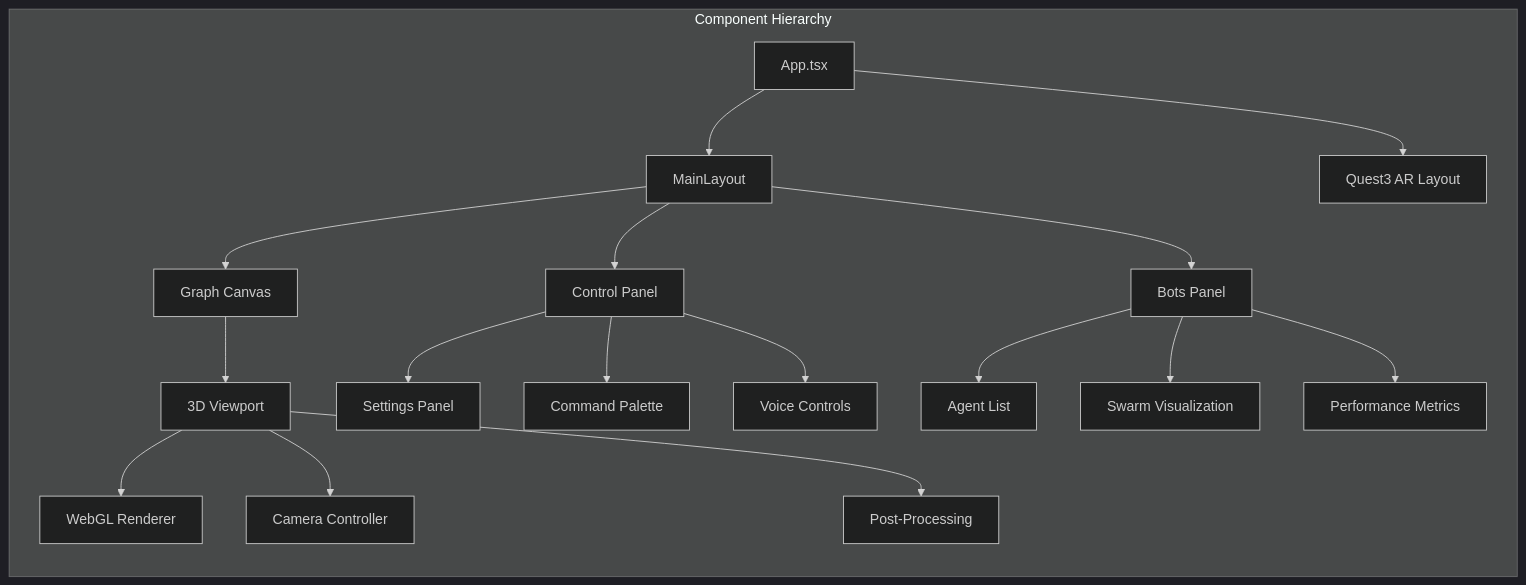
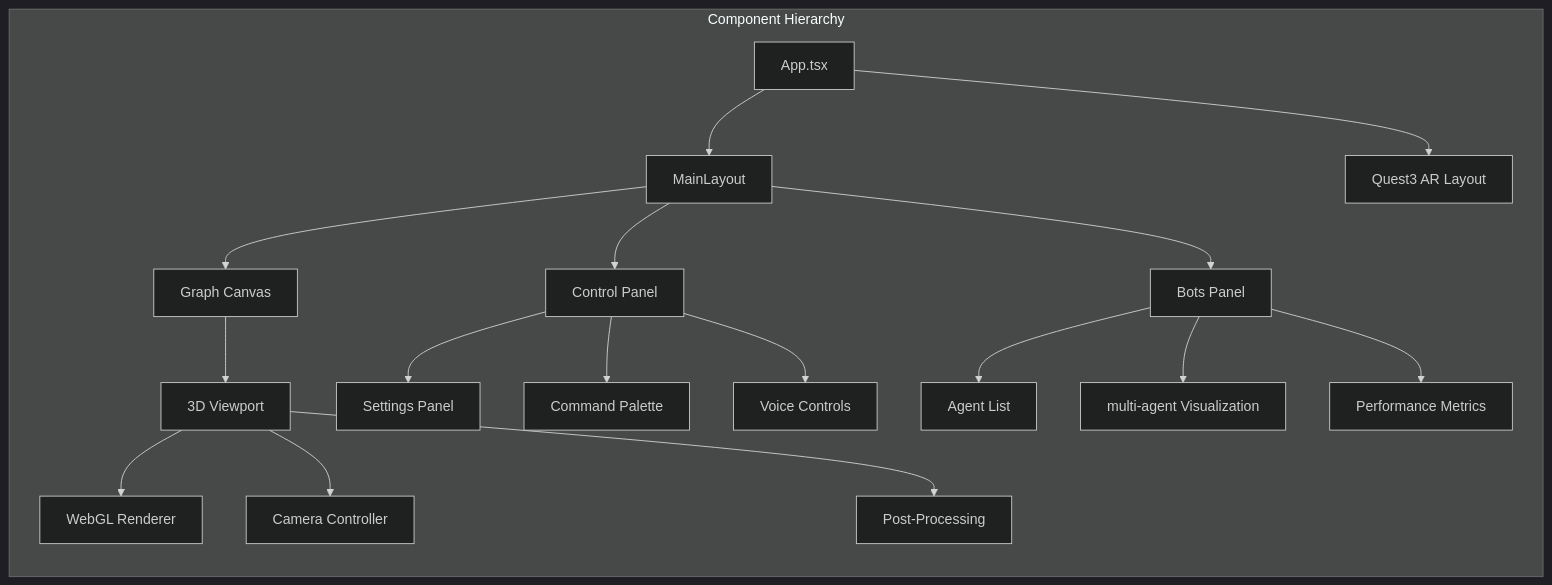
One commit to DreamLab-AI/VisionFlow changed the second of 8 diagrams in docs/architecture/system-overview.md. Above: the diagram before and after it, drawn with Mermaid (dark theme). The commit also changed other lines of this file and 62 other files, not shown here.

Commit message:
rename to multiAgent

````diff
--- a/docs/architecture/system-overview.md
+++ b/docs/architecture/system-overview.md
@@ -119,25 +119,25 @@
 ```mermaid
 graph LR
     subgraph "Component Hierarchy"
         App[App.tsx]
         App --> MainLayout[MainLayout]
         App --> Quest3Layout[Quest3 AR Layout]
-        
+
         MainLayout --> GraphCanvas[Graph Canvas]
         MainLayout --> ControlPanel[Control Panel]
         MainLayout --> BotsPanel[Bots Panel]
-        
+
         GraphCanvas --> Viewport[3D Viewport]
         Viewport --> Renderer[WebGL Renderer]
         Viewport --> Camera[Camera Controller]
         Viewport --> Effects[Post-Processing]
-        
+
         ControlPanel --> Settings[Settings Panel]
         ControlPanel --> Commands[Command Palette]
         ControlPanel --> Voice[Voice Controls]
-        
+
         BotsPanel --> AgentList[Agent List]
-        BotsPanel --> SwarmViz[Swarm Visualization]
+        BotsPanel --> multi-agentViz[multi-agent Visualization]
         BotsPanel --> Metrics[Performance Metrics]
     end
 ```
````
